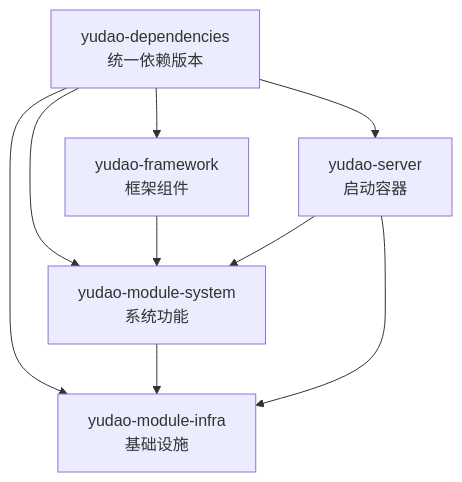
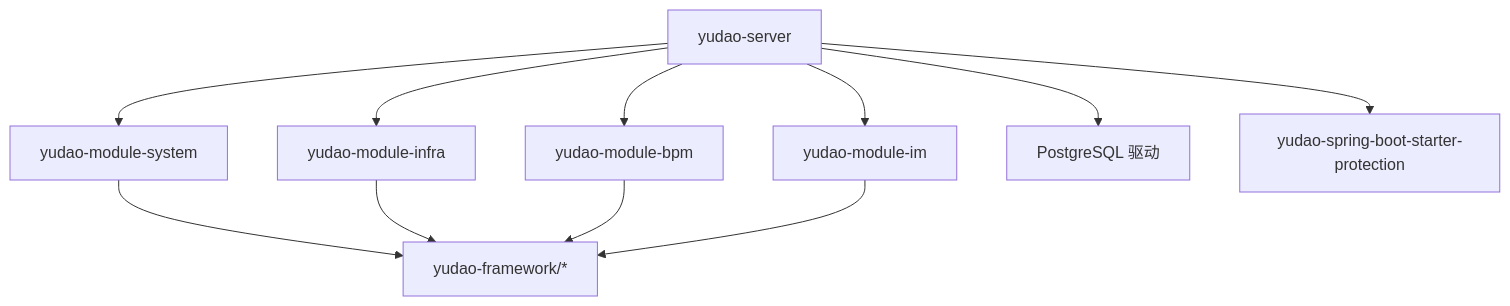
The eighth of 8 diagrams in .qoder/repowiki/zh/content/项目概述.md (xiaoche80s-tech/rouyi-vue-pro), drawn with Mermaid before and after one commit. The commit also changed other lines of this file and 840 other files, not shown here.

````diff
--- a/.qoder/repowiki/zh/content/项目概述.md
+++ b/.qoder/repowiki/zh/content/项目概述.md
@@ -219,16 +272,13 @@
 ```mermaid
 graph TB
-Deps["yudao-dependencies<br/>统一依赖版本"]
-Fwk["yudao-framework<br/>框架组件"]
-Sys["yudao-module-system<br/>系统功能"]
-Infra["yudao-module-infra<br/>基础设施"]
-Server["yudao-server<br/>启动容器"]
-Deps --> Fwk
-Deps --> Sys
-Deps --> Infra
-Deps --> Server
-Fwk --> Sys
-Sys --> Infra
-Server --> Sys
-Server --> Infra
+server["yudao-server"] --> sys["yudao-module-system"]
+server --> infra["yudao-module-infra"]
+server --> bpm["yudao-module-bpm"]
+server --> im["yudao-module-im"]
+server --> pg["PostgreSQL 驱动"]
+server --> protect["yudao-spring-boot-starter-protection"]
+sys --> fw["yudao-framework/*"]
+infra --> fw
+bpm --> fw
+im --> fw
 ```
````
